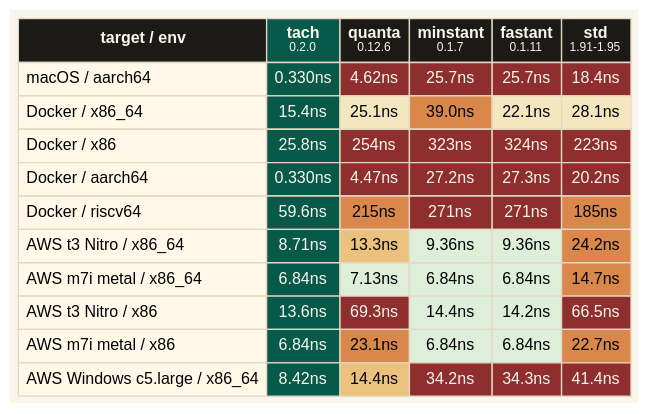
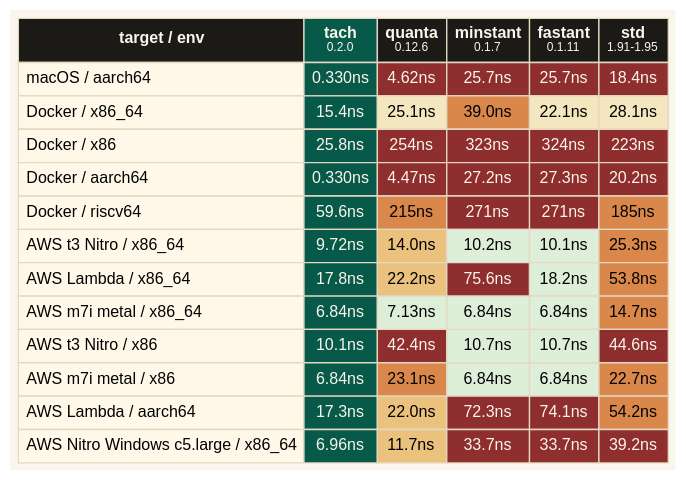
Before and after one commit to spence/hotclock: the diagram in benches/assets/benchmark-heatmap.dot, drawn with Graphviz. The commit also changed 11 other files, not shown here.

```diff
--- a/benches/assets/benchmark-heatmap.dot
+++ b/benches/assets/benchmark-heatmap.dot
@@ -1,109 +1,125 @@
 digraph benchmark {
   graph [
     bgcolor="#FBF6EC",
     margin=0,
     pad=0.08,
     rankdir=TB
   ];
 
   node [
     shape=plain,
     fontname="Avenir Next, Helvetica, Arial, sans-serif",
     fontsize=12
   ];
 
   benchmark [
     label=<
       <TABLE BORDER="0" CELLBORDER="1" CELLSPACING="0" CELLPADDING="5" COLOR="#E4D8C2">
         <TR>
           <TD BGCOLOR="#1B1A17"><FONT COLOR="#FBF6EC"><B>target / env</B></FONT></TD>
           <TD BGCOLOR="#075A4A"><FONT COLOR="#FBF6EC"><B>tach</B><BR/><FONT POINT-SIZE="9">0.2.0</FONT></FONT></TD>
           <TD BGCOLOR="#1B1A17"><FONT COLOR="#FBF6EC"><B>quanta</B><BR/><FONT POINT-SIZE="9">0.12.6</FONT></FONT></TD>
           <TD BGCOLOR="#1B1A17"><FONT COLOR="#FBF6EC"><B>minstant</B><BR/><FONT POINT-SIZE="9">0.1.7</FONT></FONT></TD>
           <TD BGCOLOR="#1B1A17"><FONT COLOR="#FBF6EC"><B>fastant</B><BR/><FONT POINT-SIZE="9">0.1.11</FONT></FONT></TD>
           <TD BGCOLOR="#1B1A17"><FONT COLOR="#FBF6EC"><B>std</B><BR/><FONT POINT-SIZE="9">1.91-1.95</FONT></FONT></TD>
         </TR>
         <TR>
           <TD ALIGN="LEFT" BGCOLOR="#FFF8E8">macOS / aarch64</TD>
           <TD BGCOLOR="#075A4A"><FONT COLOR="#FBF6EC">0.330ns</FONT></TD>
           <TD BGCOLOR="#8F2E2E"><FONT COLOR="#FBF6EC">4.62ns</FONT></TD>
           <TD BGCOLOR="#8F2E2E"><FONT COLOR="#FBF6EC">25.7ns</FONT></TD>
           <TD BGCOLOR="#8F2E2E"><FONT COLOR="#FBF6EC">25.7ns</FONT></TD>
           <TD BGCOLOR="#8F2E2E"><FONT COLOR="#FBF6EC">18.4ns</FONT></TD>
         </TR>
         <TR>
           <TD ALIGN="LEFT" BGCOLOR="#FFF8E8">Docker / x86_64</TD>
           <TD BGCOLOR="#075A4A"><FONT COLOR="#FBF6EC">15.4ns</FONT></TD>
           <TD BGCOLOR="#F4E7BF">25.1ns</TD>
           <TD BGCOLOR="#D9874A">39.0ns</TD>
           <TD BGCOLOR="#F4E7BF">22.1ns</TD>
           <TD BGCOLOR="#F4E7BF">28.1ns</TD>
         </TR>
         <TR>
           <TD ALIGN="LEFT" BGCOLOR="#FFF8E8">Docker / x86</TD>
           <TD BGCOLOR="#075A4A"><FONT COLOR="#FBF6EC">25.8ns</FONT></TD>
           <TD BGCOLOR="#8F2E2E"><FONT COLOR="#FBF6EC">254ns</FONT></TD>
           <TD BGCOLOR="#8F2E2E"><FONT COLOR="#FBF6EC">323ns</FONT></TD>
           <TD BGCOLOR="#8F2E2E"><FONT COLOR="#FBF6EC">324ns</FONT></TD>
           <TD BGCOLOR="#8F2E2E"><FONT COLOR="#FBF6EC">223ns</FONT></TD>
         </TR>
         <TR>
           <TD ALIGN="LEFT" BGCOLOR="#FFF8E8">Docker / aarch64</TD>
           <TD BGCOLOR="#075A4A"><FONT COLOR="#FBF6EC">0.330ns</FONT></TD>
           <TD BGCOLOR="#8F2E2E"><FONT COLOR="#FBF6EC">4.47ns</FONT></TD>
           <TD BGCOLOR="#8F2E2E"><FONT COLOR="#FBF6EC">27.2ns</FONT></TD>
           <TD BGCOLOR="#8F2E2E"><FONT COLOR="#FBF6EC">27.3ns</FONT></TD>
           <TD BGCOLOR="#8F2E2E"><FONT COLOR="#FBF6EC">20.2ns</FONT></TD>
         </TR>
         <TR>
           <TD ALIGN="LEFT" BGCOLOR="#FFF8E8">Docker / riscv64</TD>
           <TD BGCOLOR="#075A4A"><FONT COLOR="#FBF6EC">59.6ns</FONT></TD>
           <TD BGCOLOR="#D9874A">215ns</TD>
           <TD BGCOLOR="#8F2E2E"><FONT COLOR="#FBF6EC">271ns</FONT></TD>
           <TD BGCOLOR="#8F2E2E"><FONT COLOR="#FBF6EC">271ns</FONT></TD>
           <TD BGCOLOR="#D9874A">185ns</TD>
         </TR>
         <TR>
           <TD ALIGN="LEFT" BGCOLOR="#FFF8E8">AWS t3 Nitro / x86_64</TD>
-          <TD BGCOLOR="#075A4A"><FONT COLOR="#FBF6EC">8.71ns</FONT></TD>
-          <TD BGCOLOR="#EAC17D">13.3ns</TD>
-          <TD BGCOLOR="#DDEED9">9.36ns</TD>
-          <TD BGCOLOR="#DDEED9">9.36ns</TD>
-          <TD BGCOLOR="#D9874A">24.2ns</TD>
+          <TD BGCOLOR="#075A4A"><FONT COLOR="#FBF6EC">9.72ns</FONT></TD>
+          <TD BGCOLOR="#EAC17D">14.0ns</TD>
+          <TD BGCOLOR="#DDEED9">10.2ns</TD>
+          <TD BGCOLOR="#DDEED9">10.1ns</TD>
+          <TD BGCOLOR="#D9874A">25.3ns</TD>
+        </TR>
+        <TR>
+          <TD ALIGN="LEFT" BGCOLOR="#FFF8E8">AWS Lambda / x86_64</TD>
+          <TD BGCOLOR="#075A4A"><FONT COLOR="#FBF6EC">17.8ns</FONT></TD>
+          <TD BGCOLOR="#EAC17D">22.2ns</TD>
+          <TD BGCOLOR="#8F2E2E"><FONT COLOR="#FBF6EC">75.6ns</FONT></TD>
+          <TD BGCOLOR="#DDEED9">18.2ns</TD>
+          <TD BGCOLOR="#D9874A">53.8ns</TD>
         </TR>
         <TR>
           <TD ALIGN="LEFT" BGCOLOR="#FFF8E8">AWS m7i metal / x86_64</TD>
           <TD BGCOLOR="#075A4A"><FONT COLOR="#FBF6EC">6.84ns</FONT></TD>
           <TD BGCOLOR="#DDEED9">7.13ns</TD>
           <TD BGCOLOR="#DDEED9">6.84ns</TD>
           <TD BGCOLOR="#DDEED9">6.84ns</TD>
           <TD BGCOLOR="#D9874A">14.7ns</TD>
         </TR>
         <TR>
           <TD ALIGN="LEFT" BGCOLOR="#FFF8E8">AWS t3 Nitro / x86</TD>
-          <TD BGCOLOR="#075A4A"><FONT COLOR="#FBF6EC">13.6ns</FONT></TD>
-          <TD BGCOLOR="#8F2E2E"><FONT COLOR="#FBF6EC">69.3ns</FONT></TD>
-          <TD BGCOLOR="#DDEED9">14.4ns</TD>
-          <TD BGCOLOR="#DDEED9">14.2ns</TD>
-          <TD BGCOLOR="#8F2E2E"><FONT COLOR="#FBF6EC">66.5ns</FONT></TD>
+          <TD BGCOLOR="#075A4A"><FONT COLOR="#FBF6EC">10.1ns</FONT></TD>
+          <TD BGCOLOR="#8F2E2E"><FONT COLOR="#FBF6EC">42.4ns</FONT></TD>
+          <TD BGCOLOR="#DDEED9">10.7ns</TD>
+          <TD BGCOLOR="#DDEED9">10.7ns</TD>
+          <TD BGCOLOR="#8F2E2E"><FONT COLOR="#FBF6EC">44.6ns</FONT></TD>
         </TR>
         <TR>
           <TD ALIGN="LEFT" BGCOLOR="#FFF8E8">AWS m7i metal / x86</TD>
           <TD BGCOLOR="#075A4A"><FONT COLOR="#FBF6EC">6.84ns</FONT></TD>
           <TD BGCOLOR="#D9874A">23.1ns</TD>
           <TD BGCOLOR="#DDEED9">6.84ns</TD>
           <TD BGCOLOR="#DDEED9">6.84ns</TD>
           <TD BGCOLOR="#D9874A">22.7ns</TD>
         </TR>
         <TR>
-          <TD ALIGN="LEFT" BGCOLOR="#FFF8E8">AWS Windows c5.large / x86_64</TD>
-          <TD BGCOLOR="#075A4A"><FONT COLOR="#FBF6EC">8.42ns</FONT></TD>
-          <TD BGCOLOR="#EAC17D">14.4ns</TD>
-          <TD BGCOLOR="#8F2E2E"><FONT COLOR="#FBF6EC">34.2ns</FONT></TD>
-          <TD BGCOLOR="#8F2E2E"><FONT COLOR="#FBF6EC">34.3ns</FONT></TD>
-          <TD BGCOLOR="#8F2E2E"><FONT COLOR="#FBF6EC">41.4ns</FONT></TD>
+          <TD ALIGN="LEFT" BGCOLOR="#FFF8E8">AWS Lambda / aarch64</TD>
+          <TD BGCOLOR="#075A4A"><FONT COLOR="#FBF6EC">17.3ns</FONT></TD>
+          <TD BGCOLOR="#EAC17D">22.0ns</TD>
+          <TD BGCOLOR="#8F2E2E"><FONT COLOR="#FBF6EC">72.3ns</FONT></TD>
+          <TD BGCOLOR="#8F2E2E"><FONT COLOR="#FBF6EC">74.1ns</FONT></TD>
+          <TD BGCOLOR="#D9874A">54.2ns</TD>
+        </TR>
+        <TR>
+          <TD ALIGN="LEFT" BGCOLOR="#FFF8E8">AWS Nitro Windows c5.large / x86_64</TD>
+          <TD BGCOLOR="#075A4A"><FONT COLOR="#FBF6EC">6.96ns</FONT></TD>
+          <TD BGCOLOR="#EAC17D">11.7ns</TD>
+          <TD BGCOLOR="#8F2E2E"><FONT COLOR="#FBF6EC">33.7ns</FONT></TD>
+          <TD BGCOLOR="#8F2E2E"><FONT COLOR="#FBF6EC">33.7ns</FONT></TD>
+          <TD BGCOLOR="#8F2E2E"><FONT COLOR="#FBF6EC">39.2ns</FONT></TD>
         </TR>
       </TABLE>
     >
   ];
 }
```
